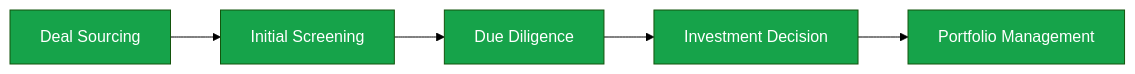
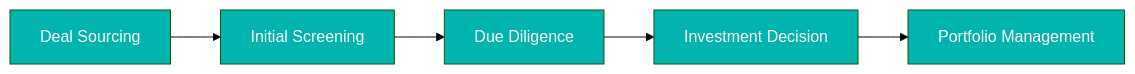
One commit to karthik-monkey/mintlify-docs changed the diagram in index.mdx. Above: the diagram before and after it, drawn with Mermaid (forest theme).

Commit message:
style: update flowchart colors from green to teal

````diff
--- a/index.mdx
+++ b/index.mdx
@@ -62,12 +62,12 @@
 ```mermaid
 flowchart LR
   A[Deal Sourcing] --> B[Initial Screening]
   B --> C[Due Diligence]
   C --> D[Investment Decision]
   D --> E[Portfolio Management]
-  style A fill:#16A34A,color:#fff
-  style B fill:#16A34A,color:#fff
-  style C fill:#16A34A,color:#fff
-  style D fill:#16A34A,color:#fff
-  style E fill:#16A34A,color:#fff
+  style A fill:#00B5AD,color:#fff
+  style B fill:#00B5AD,color:#fff
+  style C fill:#00B5AD,color:#fff
+  style D fill:#00B5AD,color:#fff
+  style E fill:#00B5AD,color:#fff
 ```
````
